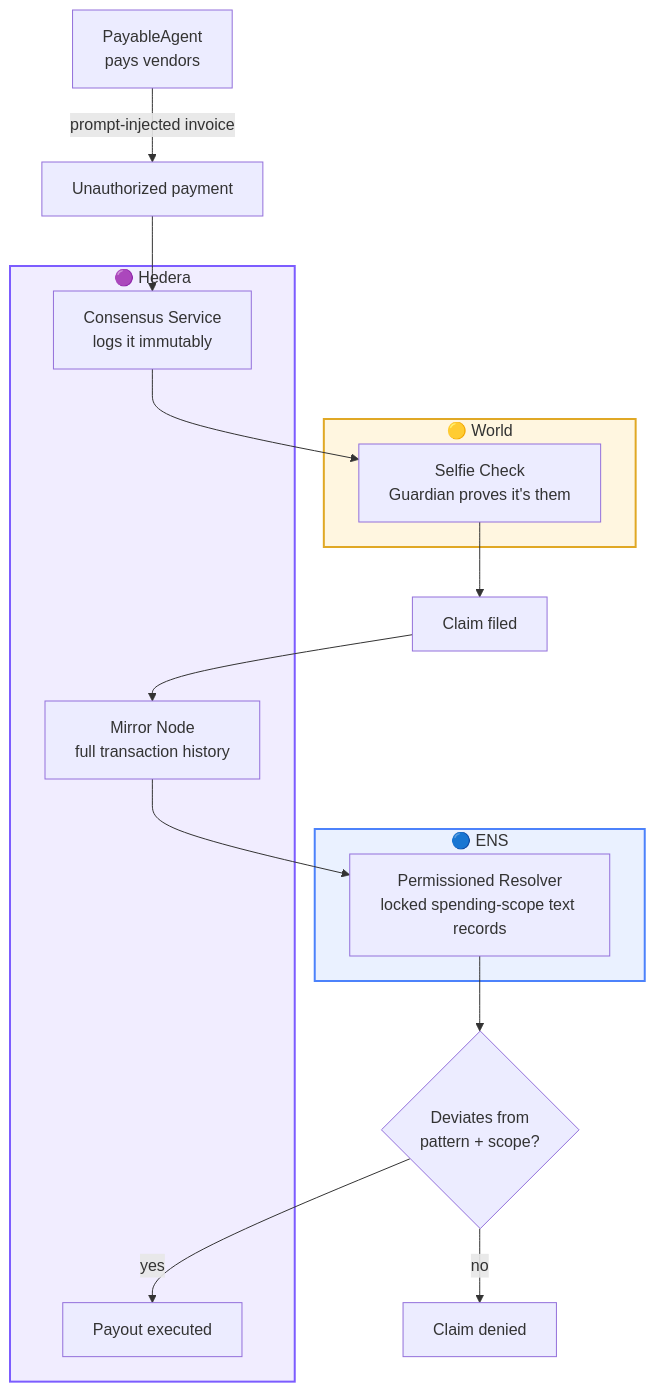
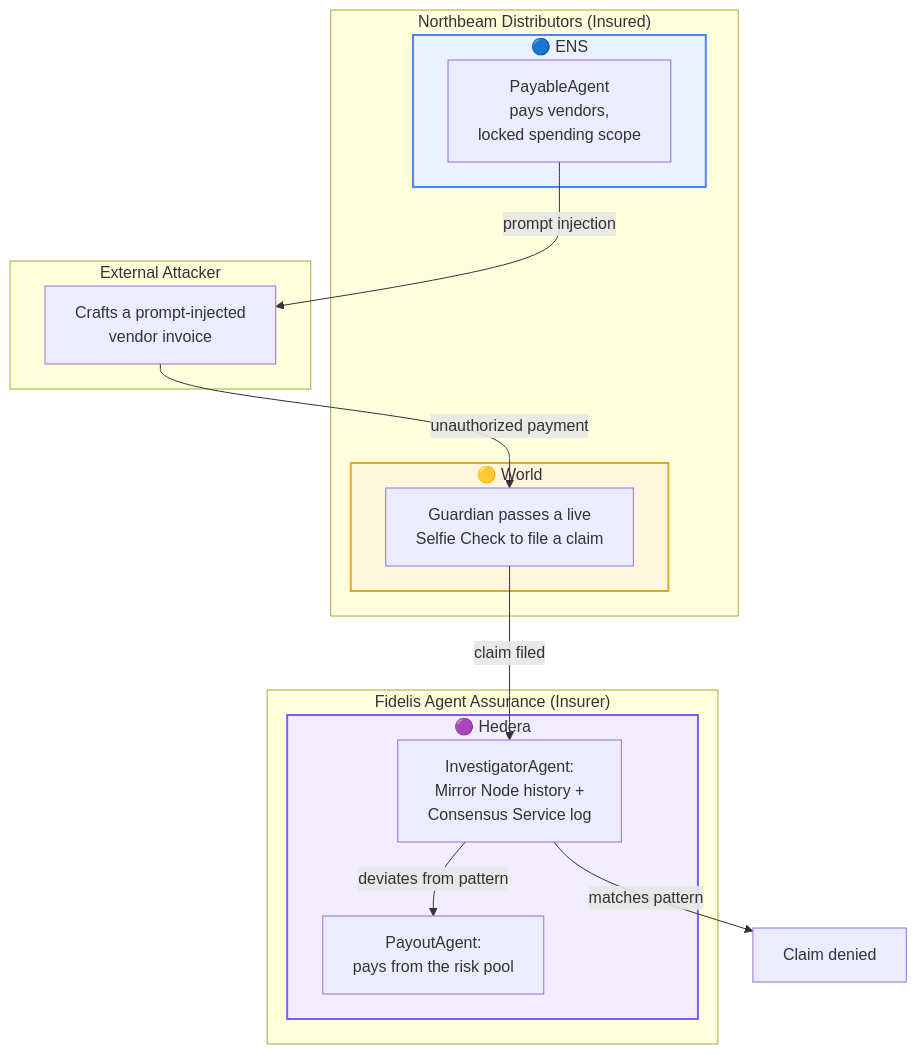
The third of 4 diagrams in README.md (jianruan-io/agent-insure), drawn with Mermaid before and after one commit. The commit also changed other lines of this file, not shown here.

Commit message:
Add actor (Northbeam/Attacker/Fidelis) boxes to v1 and v2 diagrams
v1 and v2 previously only boxed sponsor tech, with no visible
company/stakeholder boundary — v3 was the only version showing who
operates which agent. Now all three versions nest each sponsor's box
inside the actor box it actually belongs to (Northbeam Distributors,
the external attacker, or Fidelis Agent Assurance), scaled by detail:
v1 is one node per actor, v2 names the specific agents and sponsor
products, v3 adds the full separation-of-duties structure.

Claude-Session: https://claude.ai/code/session_017WQZi2TAsCr9X8LZBz11tR

````diff
--- a/README.md
+++ b/README.md
@@ -176,31 +180,32 @@
 ```mermaid
 flowchart TD
-    PA["PayableAgent<br/>pays vendors"] -->|"prompt-injected invoice"| BAD["Unauthorized payment"]
-
-    subgraph HEDERA_SG["🟣 Hedera"]
-        HCS["Consensus Service<br/>logs it immutably"]
-        MIRROR["Mirror Node<br/>full transaction history"]
-        PAYOUT["Payout executed"]
+    subgraph NORTHBEAM2["Northbeam Distributors (Insured)"]
+        subgraph ENS_SG2["🔵 ENS"]
+            PA2["PayableAgent<br/>pays vendors,<br/>locked spending scope"]
+        end
+        subgraph WORLD_SG2["🟡 World"]
+            GUARD2["Guardian passes a live<br/>Selfie Check to file a claim"]
+        end
     end
 
-    subgraph WORLD_SG["🟡 World"]
-        SELFIE["Selfie Check<br/>Guardian proves it's them"]
+    subgraph ATTACKER2["External Attacker"]
+        MAL2["Crafts a prompt-injected<br/>vendor invoice"]
     end
 
-    subgraph ENS_SG["🔵 ENS"]
-        SCOPE["Permissioned Resolver<br/>locked spending-scope text records"]
+    subgraph FIDELIS2["Fidelis Agent Assurance (Insurer)"]
+        subgraph HEDERA_SG2["🟣 Hedera"]
+            INV2["InvestigatorAgent:<br/>Mirror Node history +<br/>Consensus Service log"]
+            PAY2["PayoutAgent:<br/>pays from the risk pool"]
+        end
     end
 
-    BAD --> HCS
-    HCS --> SELFIE
-    SELFIE --> CLAIM["Claim filed"]
-    CLAIM --> MIRROR
-    MIRROR --> SCOPE
-    SCOPE --> VERDICT{"Deviates from<br/>pattern + scope?"}
-    VERDICT -->|"yes"| PAYOUT
-    VERDICT -->|"no"| DENY["Claim denied"]
+    PA2 -->|"prompt injection"| MAL2
+    MAL2 -->|"unauthorized payment"| GUARD2
+    GUARD2 -->|"claim filed"| INV2
+    INV2 -->|"deviates from pattern"| PAY2
+    INV2 -->|"matches pattern"| DENY2["Claim denied"]
 
-    style HEDERA_SG fill:#f1edff,stroke:#7c5cff,stroke-width:2px
-    style WORLD_SG fill:#fff6e0,stroke:#e0a825,stroke-width:2px
-    style ENS_SG fill:#eaf1ff,stroke:#4c82fb,stroke-width:2px
+    style ENS_SG2 fill:#eaf1ff,stroke:#4c82fb,stroke-width:2px
+    style WORLD_SG2 fill:#fff6e0,stroke:#e0a825,stroke-width:2px
+    style HEDERA_SG2 fill:#f1edff,stroke:#7c5cff,stroke-width:2px
 ```
````
